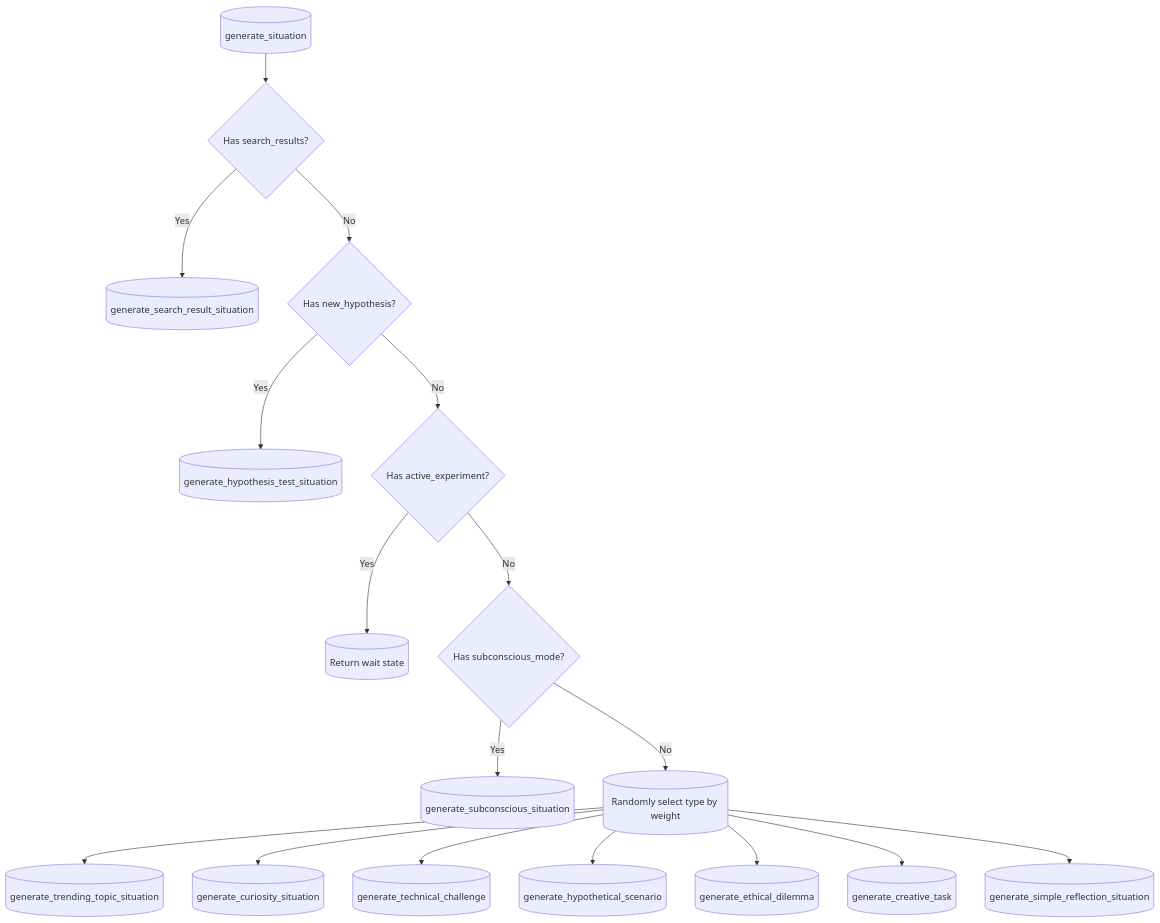
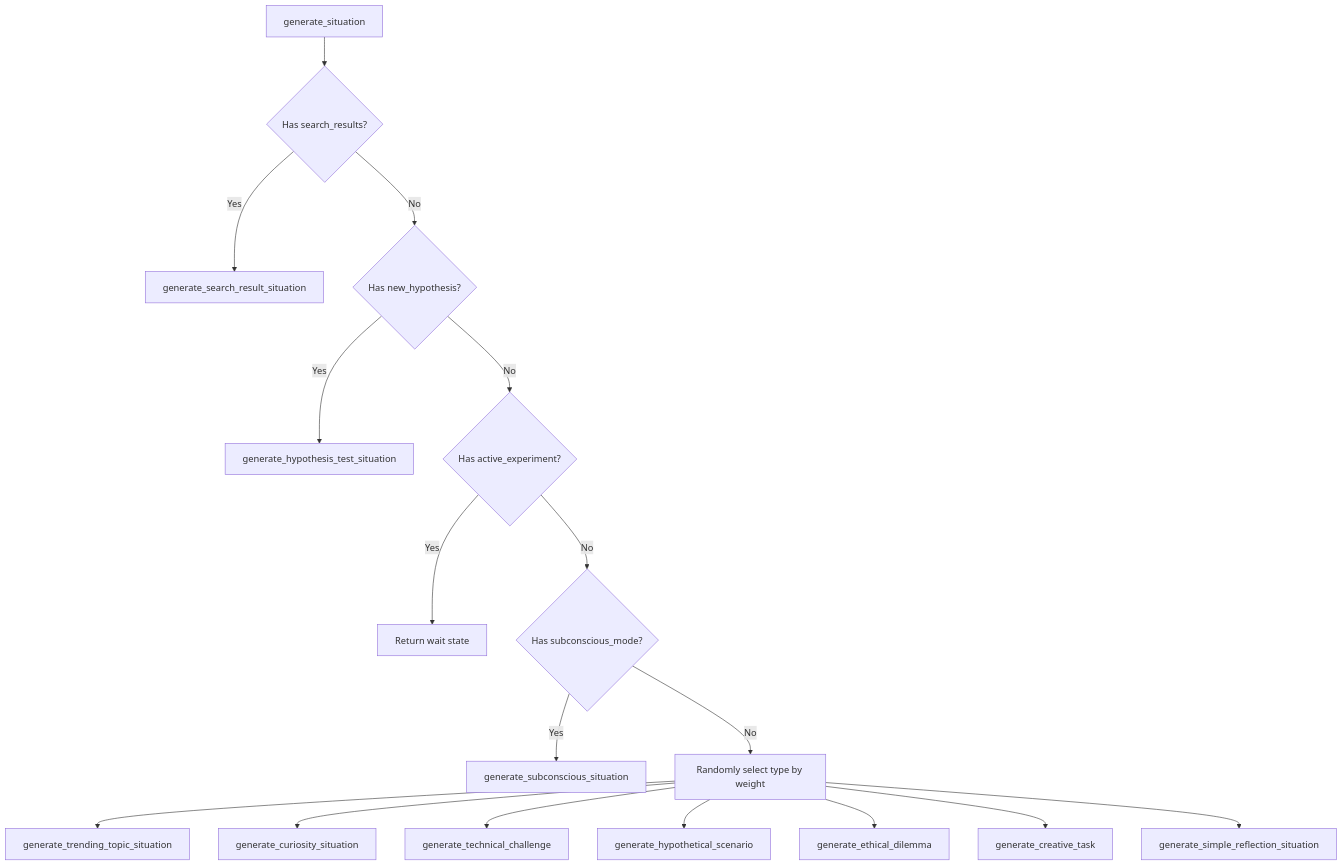
The third of 4 diagrams in docs/Specialized Modules/Situation Generator.md (Likhithsai2580/RAVANA-WIKI), drawn with Mermaid before and after one commit. The commit also changed other lines of this file and 78 other files, not shown here.

````diff
--- a/docs/Specialized Modules/Situation Generator.md
+++ b/docs/Specialized Modules/Situation Generator.md
@@ -104,20 +102,19 @@
 ```mermaid
 flowchart TD
-A[("generate_situation")] --> B{Has search_results?}
-B --> |Yes| C[("generate_search_result_situation")]
+A[generate_situation] --> B{Has search_results?}
+B --> |Yes| C[generate_search_result_situation]
 B --> |No| D{Has new_hypothesis?}
-D --> |Yes| E[("generate_hypothesis_test_situation")]
+D --> |Yes| E[generate_hypothesis_test_situation]
 D --> |No| F{Has active_experiment?}
-F --> |Yes| G[("Return wait state")]
+F --> |Yes| G[Return wait state]
 F --> |No| H{Has subconscious_mode?}
-H --> |Yes| I[("generate_subconscious_situation")]
-H --> |No| J[("Randomly select type by weight")]
-J --> K[("generate_trending_topic_situation")]
-J --> L[("generate_curiosity_situation")]
-J --> M[("generate_technical_challenge")]
-J --> N[("generate_hypothetical_scenario")]
-J --> O[("generate_ethical_dilemma")]
-J --> P[("generate_creative_task")]
-J --> Q[("generate_simple_reflection_situation")]
-
+H --> |Yes| I[generate_subconscious_situation]
+H --> |No| J[Randomly select type by weight]
+J --> K[generate_trending_topic_situation]
+J --> L[generate_curiosity_situation]
+J --> M[generate_technical_challenge]
+J --> N[generate_hypothetical_scenario]
+J --> O[generate_ethical_dilemma]
+J --> P[generate_creative_task]
+J --> Q[generate_simple_reflection_situation]
 ```
````
